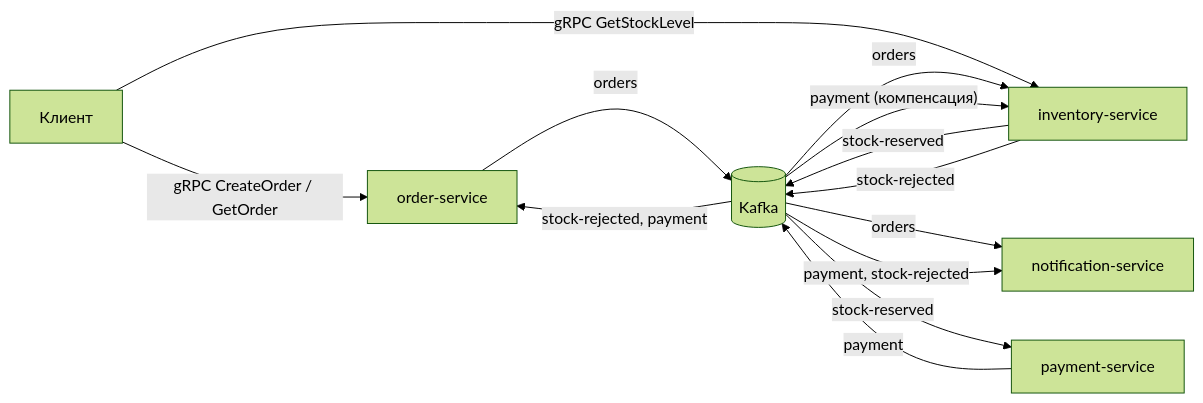
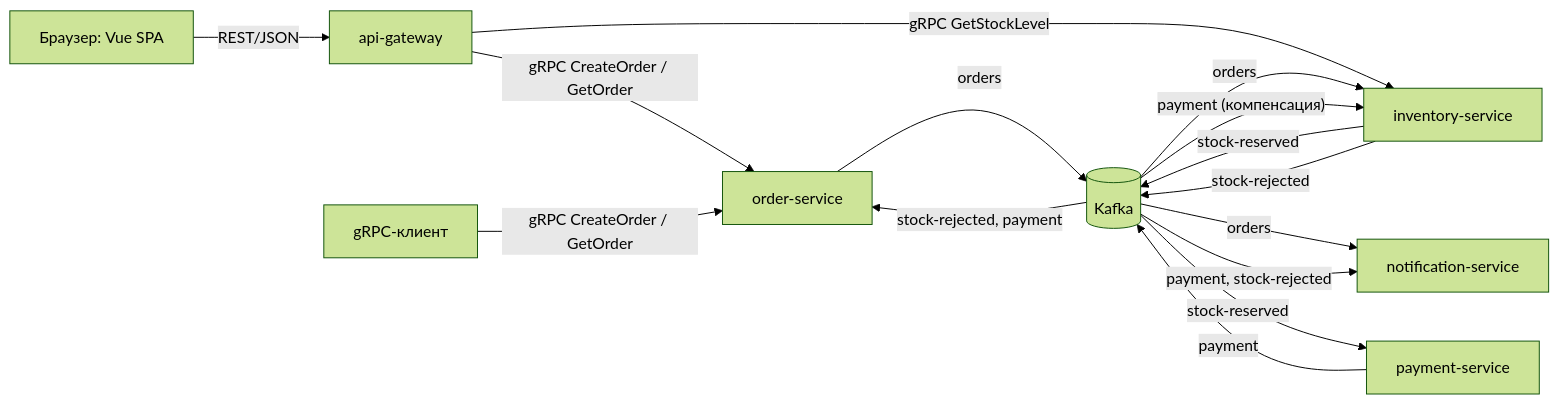
The first of 4 diagrams in README.md (DragonZero000/Event-Driven-Order-Processing-System), drawn with Mermaid (forest theme) before and after one commit. The commit also changed other lines of this file and 16 other files, not shown here.

````diff
--- a/README.md
+++ b/README.md
@@ -49,15 +49,17 @@
 ```mermaid
 flowchart LR
-    C[Клиент] -- "gRPC CreateOrder / GetOrder" --> O[order-service]
-    C -- "gRPC GetStockLevel" --> I[inventory-service]
+    U[Браузер: Vue SPA] -- "REST/JSON" --> G[api-gateway]
+    G -- "gRPC CreateOrder / GetOrder" --> O[order-service]
+    G -- "gRPC GetStockLevel" --> I[inventory-service]
+    C[gRPC-клиент] -- "gRPC CreateOrder / GetOrder" --> O
     O -- "orders" --> K[(Kafka)]
     K -- "orders" --> I
     K -- "orders" --> N[notification-service]
     I -- "stock-reserved" --> K
     I -- "stock-rejected" --> K
     K -- "stock-reserved" --> P[payment-service]
     P -- "payment" --> K
     K -- "stock-rejected, payment" --> O
     K -- "payment (компенсация)" --> I
     K -- "payment, stock-rejected" --> N
 ```
````
